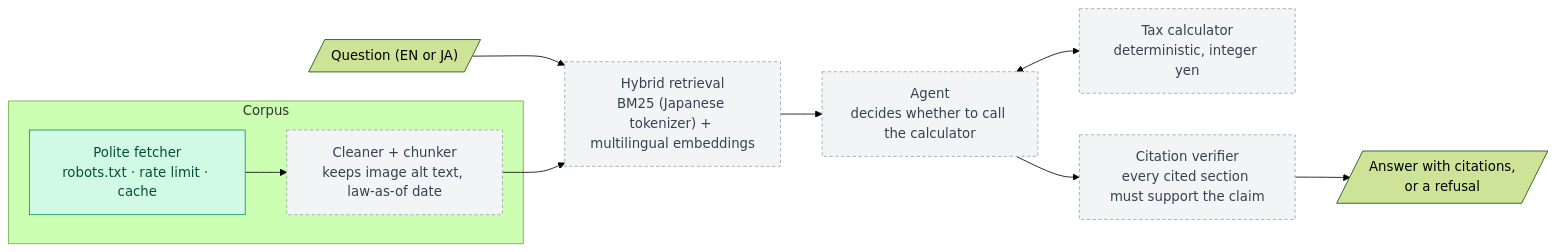
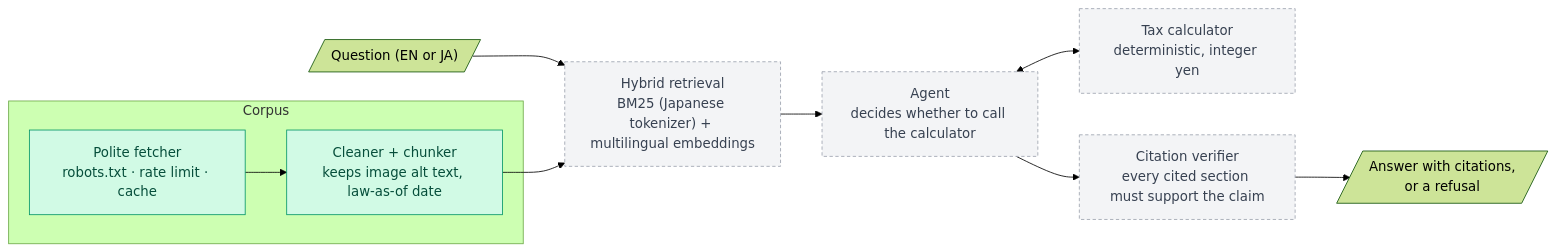
The diagram in README.md (realkyle/zeimu), drawn with Mermaid (forest theme) before and after one commit. The commit also changed other lines of this file and 16 other files, not shown here.

````diff
--- a/README.md
+++ b/README.md
@@ -18,17 +18,17 @@
 ```mermaid
 flowchart LR
     Q[/"Question (EN or JA)"/] --> R
     subgraph Corpus
         F["Polite fetcher<br/>robots.txt · rate limit · cache"] --> C["Cleaner + chunker<br/>keeps image alt text, law-as-of date"]
     end
     C --> R["Hybrid retrieval<br/>BM25 (Japanese tokenizer) + multilingual embeddings"]
     R --> A["Agent<br/>decides whether to call the calculator"]
     A <--> T["Tax calculator<br/>deterministic, integer yen"]
     A --> V["Citation verifier<br/>every cited section must support the claim"]
     V --> O[/"Answer with citations,<br/>or a refusal"/]
 
     classDef built fill:#d1fae5,stroke:#059669,color:#064e3b
     classDef planned fill:#f3f4f6,stroke:#9ca3af,stroke-dasharray:4 3,color:#374151
-    class F built
-    class C,R,A,T,V planned
+    class F,C built
+    class R,A,T,V planned
 ```
````
